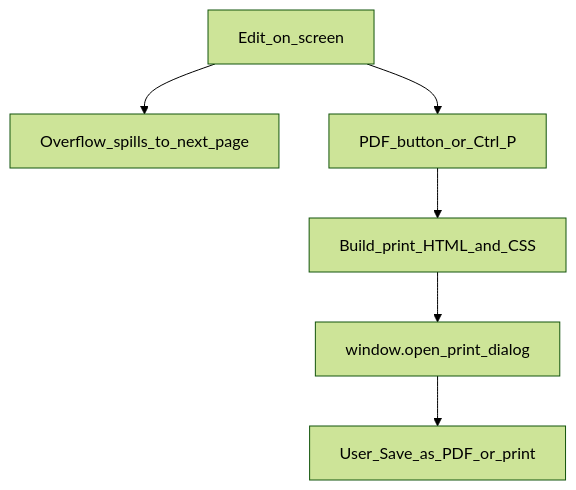
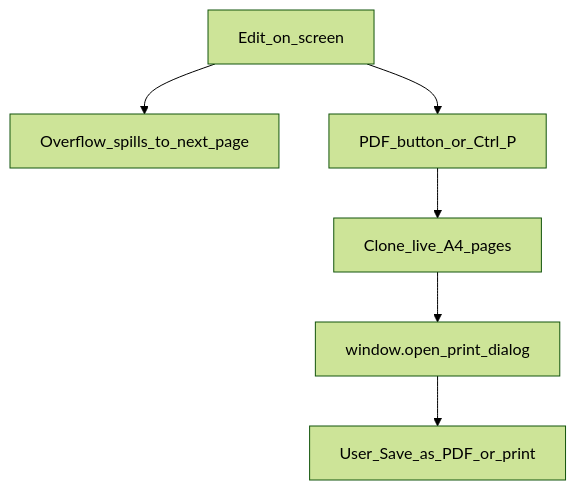
One commit to arverma/Bihar-Police-Notebook changed the diagram in docs/components/templates.md. Above: the diagram before and after it, drawn with Mermaid (forest theme). The commit also changed other lines of this file and 10 other files, not shown here.

````diff
--- a/docs/components/templates.md
+++ b/docs/components/templates.md
@@ -12,15 +12,15 @@
 ```mermaid
 flowchart TD
   edit[Edit_on_screen]
   spill[Overflow_spills_to_next_page]
   pdfBtn[PDF_button_or_Ctrl_P]
-  html[Build_print_HTML_and_CSS]
+  clone[Clone_live_A4_pages]
   win[window.open_print_dialog]
   save[User_Save_as_PDF_or_print]
 
   edit --> spill
   edit --> pdfBtn
-  pdfBtn --> html
-  html --> win
+  pdfBtn --> clone
+  clone --> win
   win --> save
 ```
````
